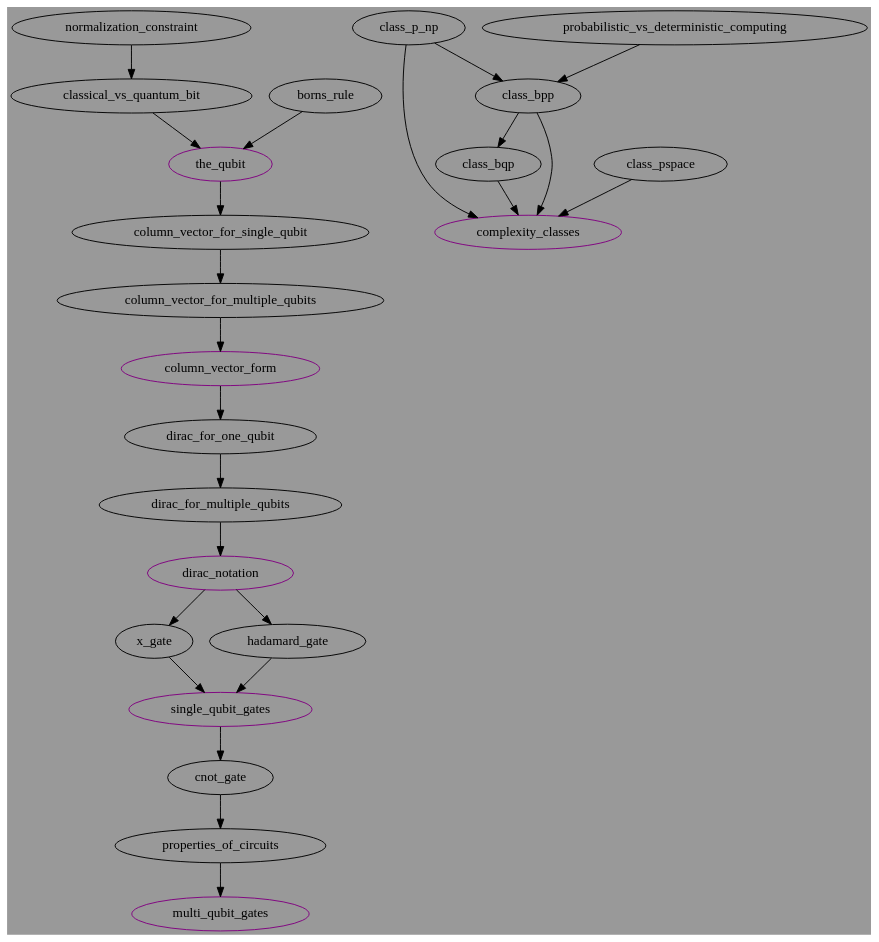
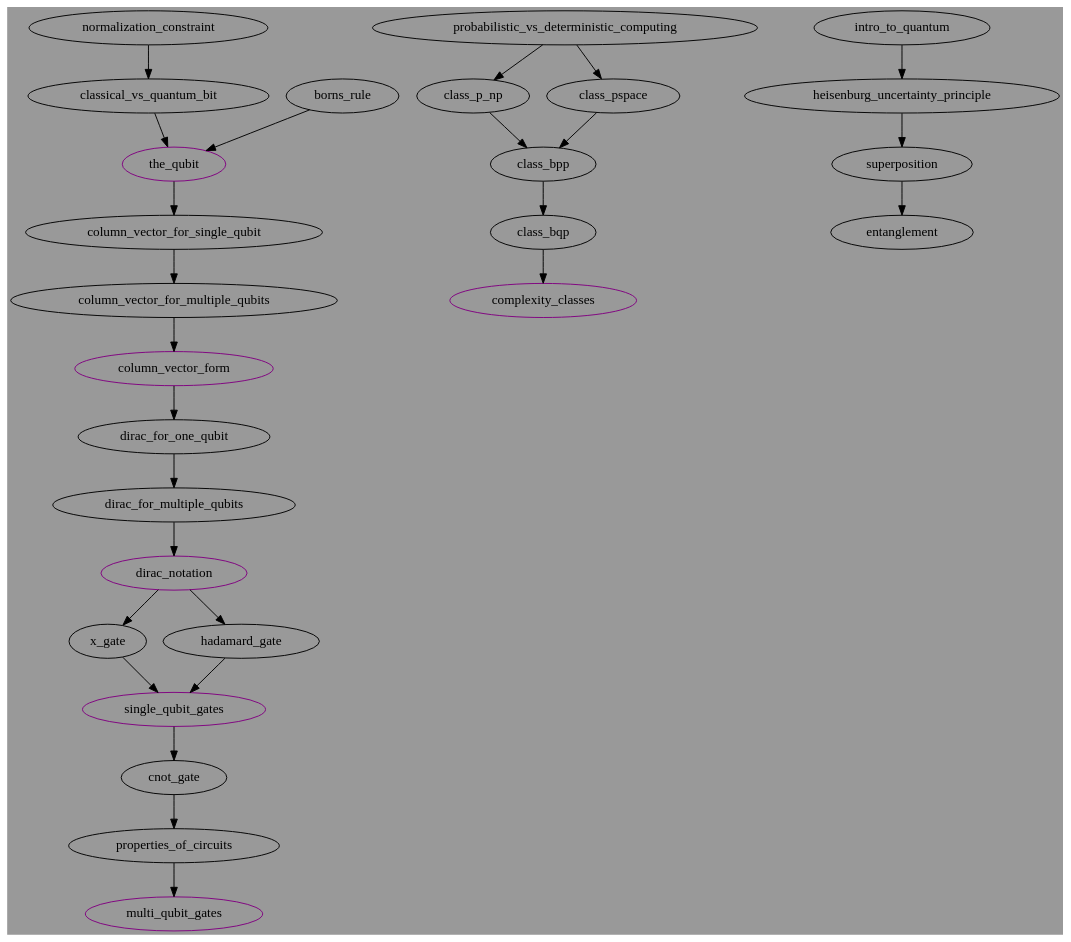
One commit to NoleStites/STEM-REx changed the diagram in AI_DOT_Files/graph.gv. Above: the diagram before and after it, drawn with Graphviz. The commit also changed 1 other file, not shown here.

Commit message:
Expanded graph

```diff
--- a/AI_DOT_Files/graph.gv
+++ b/AI_DOT_Files/graph.gv
@@ -1,42 +1,46 @@
 /*
 To compile into a png:
 dot -Tpng graph.gv -o graph.png
 */
 
 
 digraph 
 {
 	bgcolor="#999999"
 	
 	// Graph 1: main quantum content
 	"dirac_for_multiple_qubits" -> "dirac_notation";
 	"dirac_for_one_qubit" -> "dirac_for_multiple_qubits";
 	"column_vector_for_multiple_qubits" -> "column_vector_form";
 	"column_vector_form" -> "dirac_for_one_qubit";
 	"column_vector_for_single_qubit" -> "column_vector_for_multiple_qubits";
 	{"classical_vs_quantum_bit" "borns_rule"} -> "the_qubit";
 	"the_qubit" -> "column_vector_for_single_qubit";
 	"normalization_constraint" -> "classical_vs_quantum_bit";
 	"dirac_notation" -> {"x_gate" "hadamard_gate"};
 	{"x_gate" "hadamard_gate"} -> "single_qubit_gates";
 	"properties_of_circuits" -> "multi_qubit_gates";
 	"single_qubit_gates" -> "cnot_gate";
 	"cnot_gate" -> "properties_of_circuits";
 
 	// Graph 1 summaries
 	"the_qubit"[color="purple"];
 	"column_vector_form"[color="purple"];
 	"dirac_notation"[color="purple"];
 	"single_qubit_gates"[color="purple"];
 	"multi_qubit_gates"[color="purple"];
 
 	// Graph 2: complexity classes
 	"class_bqp" -> "complexity_classes";
-	"class_bpp" -> {"class_bqp" "complexity_classes"};
-	"class_p_np" -> {"class_bpp" "complexity_classes"};
-	"class_pspace" -> "complexity_classes";
-	"probabilistic_vs_deterministic_computing" -> "class_bpp";
+	"class_bpp" -> "class_bqp";
+	{"class_p_np" "class_pspace"} -> "class_bpp";
+	"probabilistic_vs_deterministic_computing" -> {"class_p_np" "class_pspace"};
 
 	// Graph 2 summaries
 	"complexity_classes"[color="purple"];
+
+	// Graph 3: quantum weirdness
+	"intro_to_quantum" -> "heisenburg_uncertainty_principle";
+	"heisenburg_uncertainty_principle" -> "superposition";
+	"superposition" -> "entanglement";
 }
```
